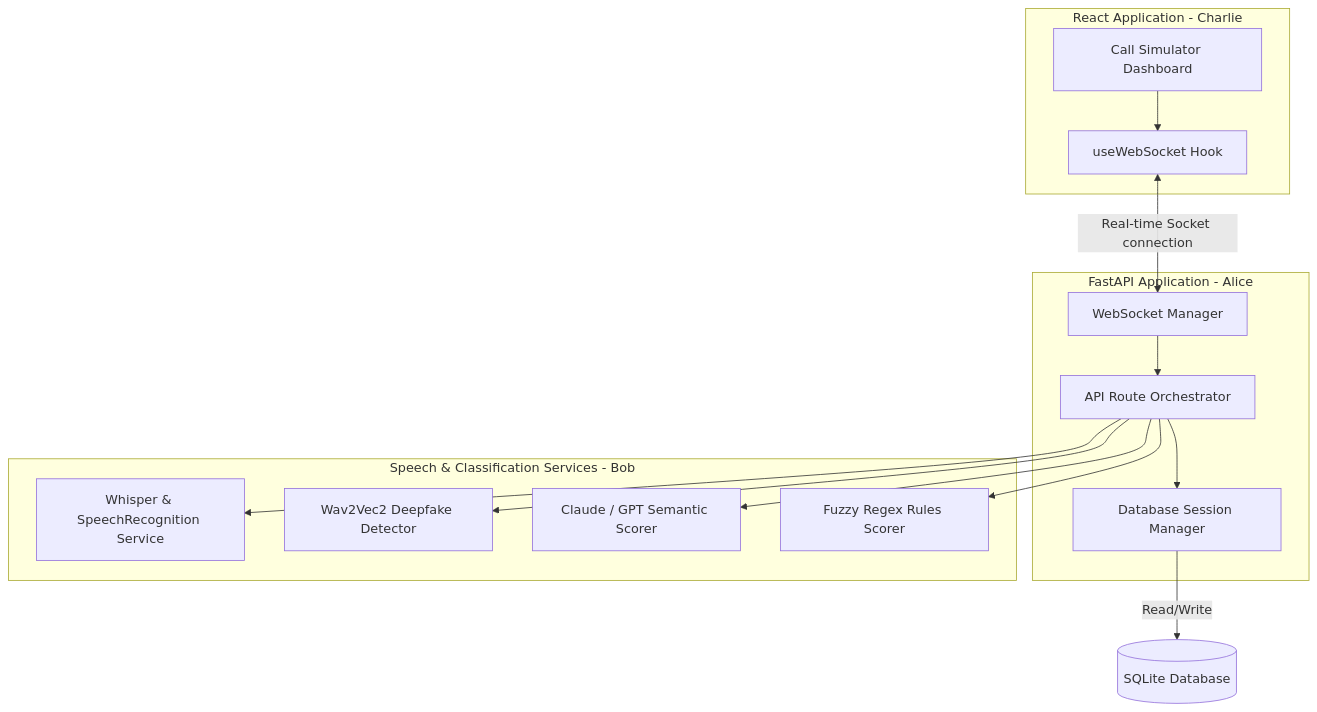
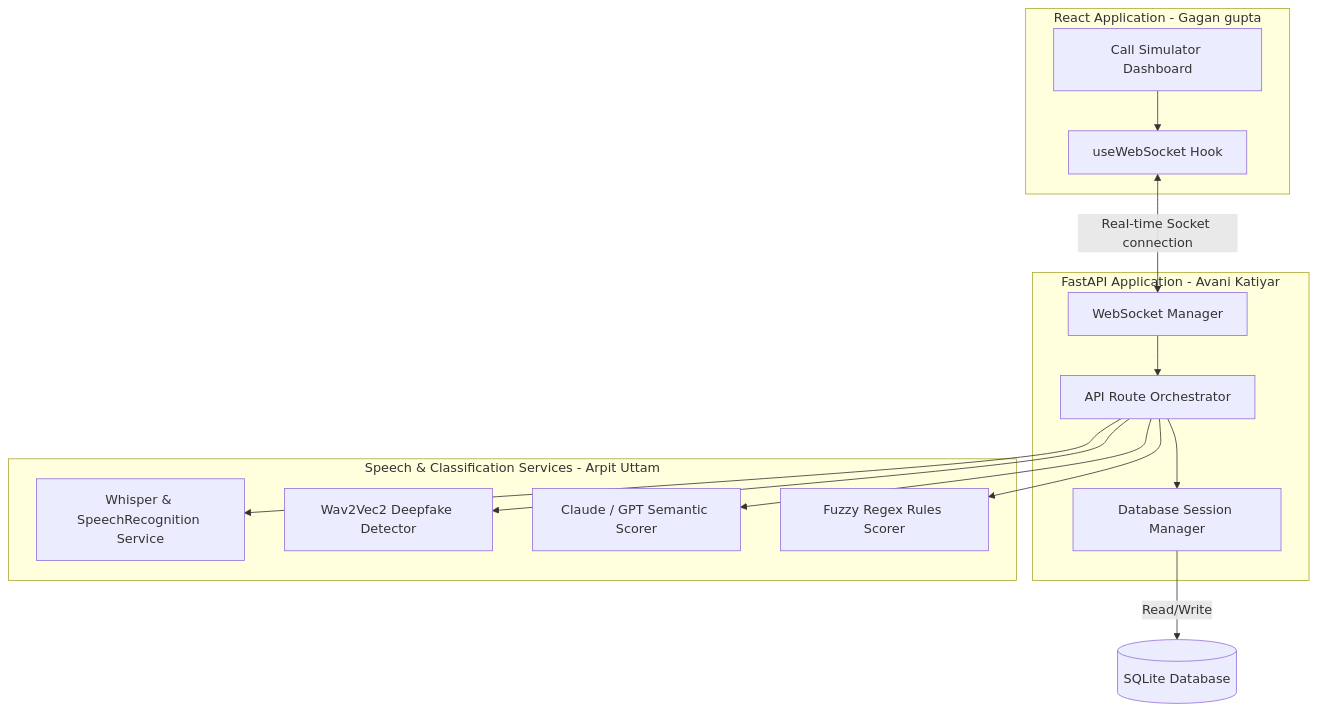
One commit to Arpit-Uttam/Digital-Arrest-Interceptor changed the diagram in README.md. Above: the diagram before and after it, drawn with Mermaid. The commit also changed other lines of this file and 1 other file, not shown here.

Commit message:
docs: update developer names in readme and contributing guidelines

````diff
--- a/README.md
+++ b/README.md
@@ -16,32 +16,32 @@
 ```mermaid
 graph TD
-    subgraph Frontend [React Application - Charlie]
+    subgraph Frontend [React Application - Gagan gupta]
         UI[Call Simulator Dashboard]
         WS_Client[useWebSocket Hook]
         UI --> WS_Client
     end
 
-    subgraph Backend [FastAPI Application - Alice]
+    subgraph Backend [FastAPI Application - Avani Katiyar]
         Router[API Route Orchestrator]
         Session_Mgr[Database Session Manager]
         WS_Server[WebSocket Manager]
         
         Router --> Session_Mgr
         WS_Server --> Router
     end
 
-    subgraph ML_Services [Speech & Classification Services - Bob]
+    subgraph ML_Services [Speech & Classification Services - Arpit Uttam]
         STT[Whisper & SpeechRecognition Service]
         DF_Classifier[Wav2Vec2 Deepfake Detector]
         LLM_Scorer[Claude / GPT Semantic Scorer]
         Rule_Scorer[Fuzzy Regex Rules Scorer]
         
         Router --> STT
         Router --> DF_Classifier
         Router --> Rule_Scorer
         Router --> LLM_Scorer
     end
 
     WS_Client <-->|Real-time Socket connection| WS_Server
     Session_Mgr -->|Read/Write| DB[(SQLite Database)]
 ```
````
